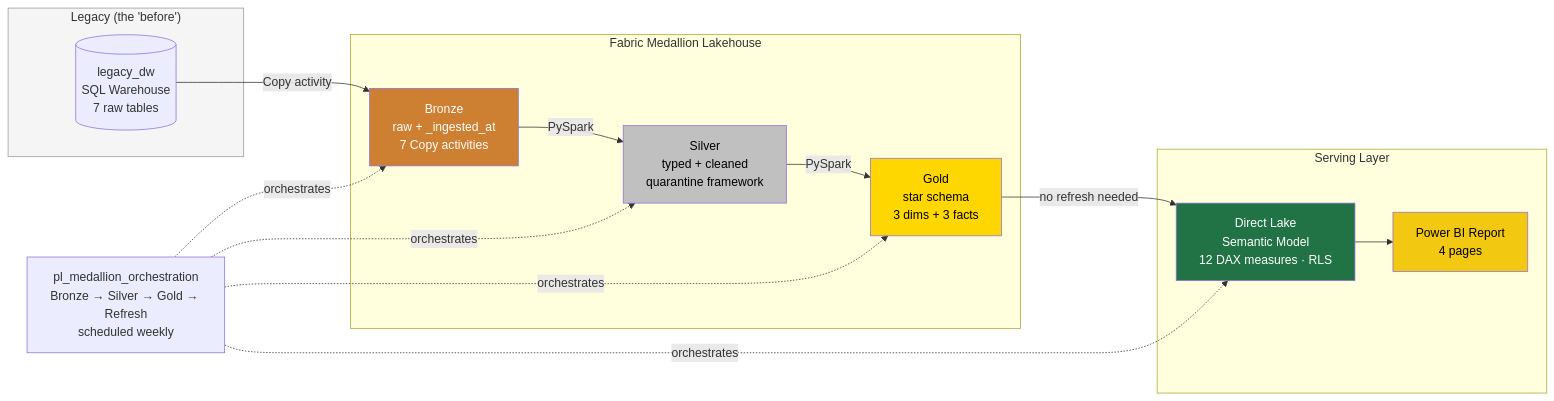
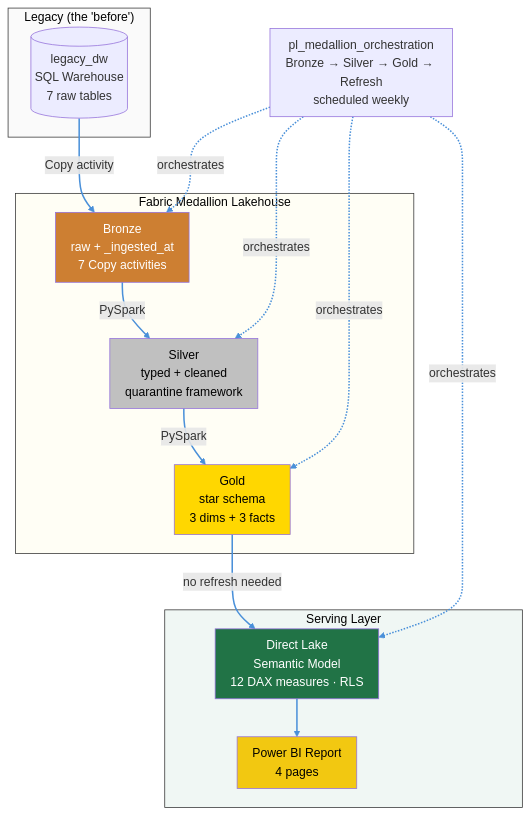
Before and after one commit to ChristianLG2/legacy-to-fabric-migration: the diagram in README.md, drawn with Mermaid. The commit also changed other lines of this file, not shown here.

Commit message:
Refactor project diagram and clean up README
Updated project diagram styles and removed unused image link.

````diff
--- a/README.md
+++ b/README.md
@@ -16,36 +14,35 @@
 ```mermaid
-flowchart LR
+%%{init: {'theme': 'default', 'themeVariables': {'fontSize': '16px', 'background': '#ffffff', 'lineColor': '#4a90d9'}, 'flowchart': {'nodeSpacing': 40, 'rankSpacing': 50, 'padding': 10}}}%%
+flowchart TB
     subgraph Legacy["Legacy (the 'before')"]
         SRC[("legacy_dw<br/>SQL Warehouse<br/>7 raw tables")]
     end
-
     subgraph Medallion["Fabric Medallion Lakehouse"]
         BRZ["Bronze<br/>raw + _ingested_at<br/>7 Copy activities"]
         SLV["Silver<br/>typed + cleaned<br/>quarantine framework"]
         GLD["Gold<br/>star schema<br/>3 dims + 3 facts"]
     end
-
     subgraph Serve["Serving Layer"]
         SEM["Direct Lake<br/>Semantic Model<br/>12 DAX measures · RLS"]
         RPT["Power BI Report<br/>4 pages"]
     end
-
     SRC -->|Copy activity| BRZ
     BRZ -->|PySpark| SLV
     SLV -->|PySpark| GLD
     GLD -->|no refresh needed| SEM
     SEM --> RPT
-
     ORCH["pl_medallion_orchestration<br/>Bronze → Silver → Gold → Refresh<br/>scheduled weekly"]
     ORCH -.orchestrates.-> BRZ
     ORCH -.orchestrates.-> SLV
     ORCH -.orchestrates.-> GLD
     ORCH -.orchestrates.-> SEM
-
-    style Legacy fill:#f5f5f5,stroke:#999
+    style Legacy fill:#fafafa,stroke:#333333,color:#000000
+    style Medallion fill:#fffef5,stroke:#333333,color:#000000
+    style Serve fill:#f0f7f4,stroke:#333333,color:#000000
     style BRZ fill:#cd7f32,color:#fff
     style SLV fill:#c0c0c0,color:#000
     style GLD fill:#ffd700,color:#000
     style SEM fill:#217346,color:#fff
     style RPT fill:#f2c811,color:#000
+    linkStyle default stroke:#4a90d9,stroke-width:2px
 ```
````
